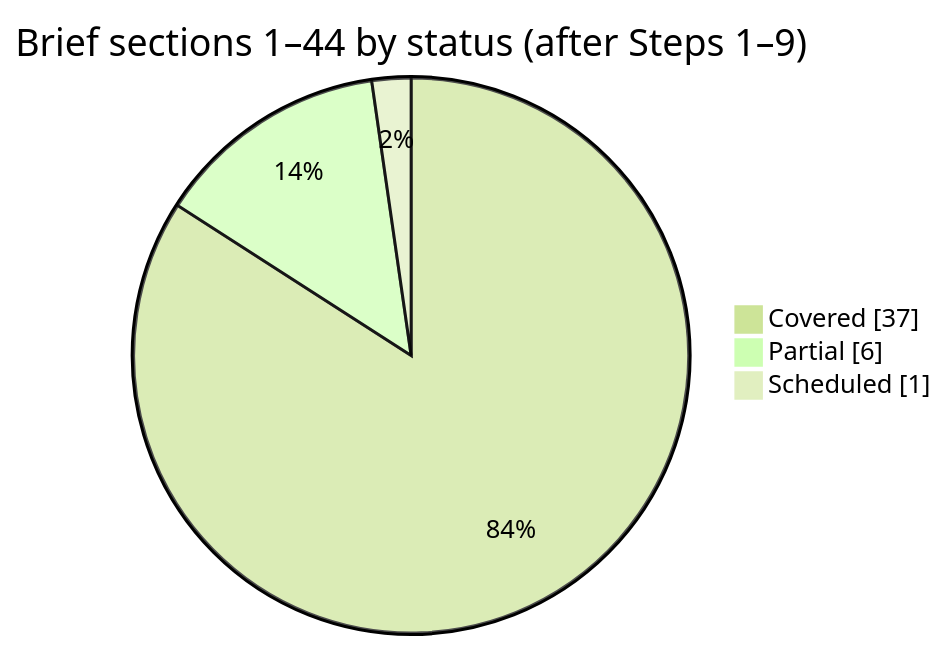
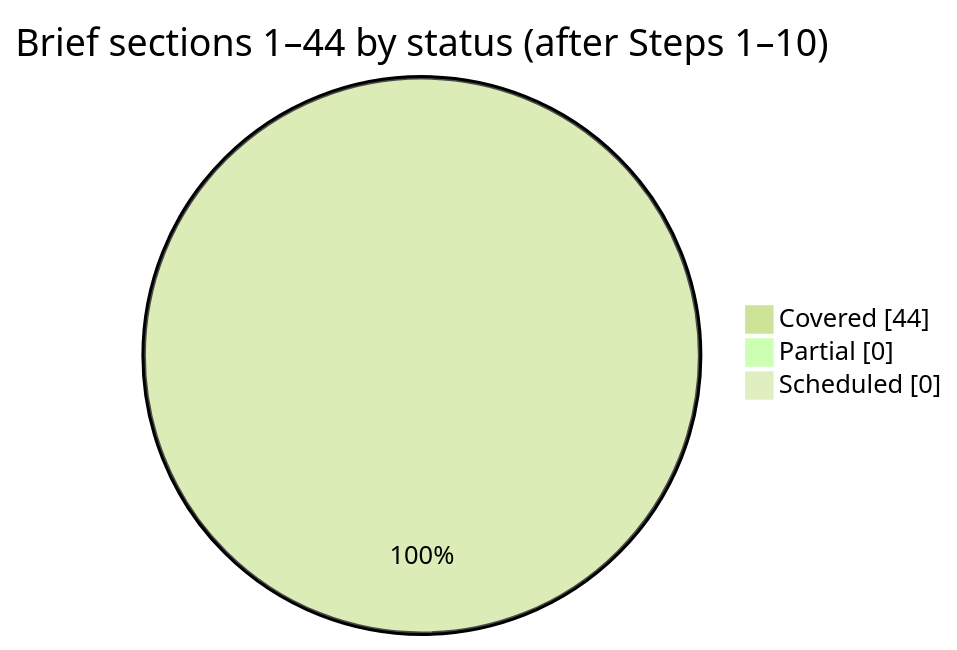
One commit to adityayadav30561-rgb/MASTER-ERP changed the diagram in docs/tracking/COVERAGE-MATRIX.md. Above: the diagram before and after it, drawn with Mermaid (forest theme). The commit also changed other lines of this file and 33 other files, not shown here.

First line of the commit message:
Step 10: Master blueprint, roadmap/MVP, API, SaaS/billing/AI, UX, risks and tech debt

````diff
--- a/docs/tracking/COVERAGE-MATRIX.md
+++ b/docs/tracking/COVERAGE-MATRIX.md
@@ -14,7 +14,7 @@
 ```mermaid
 pie showData
-    title Brief sections 1–44 by status (after Steps 1–9)
-    "Covered" : 37
-    "Partial" : 6
-    "Scheduled" : 1
+    title Brief sections 1–44 by status (after Steps 1–10)
+    "Covered" : 44
+    "Partial" : 0
+    "Scheduled" : 0
 ```
````
